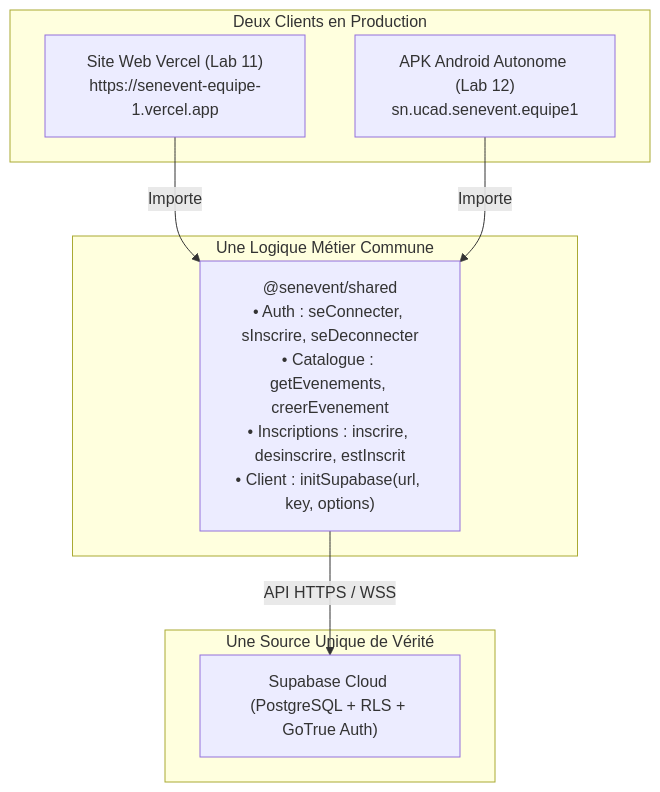
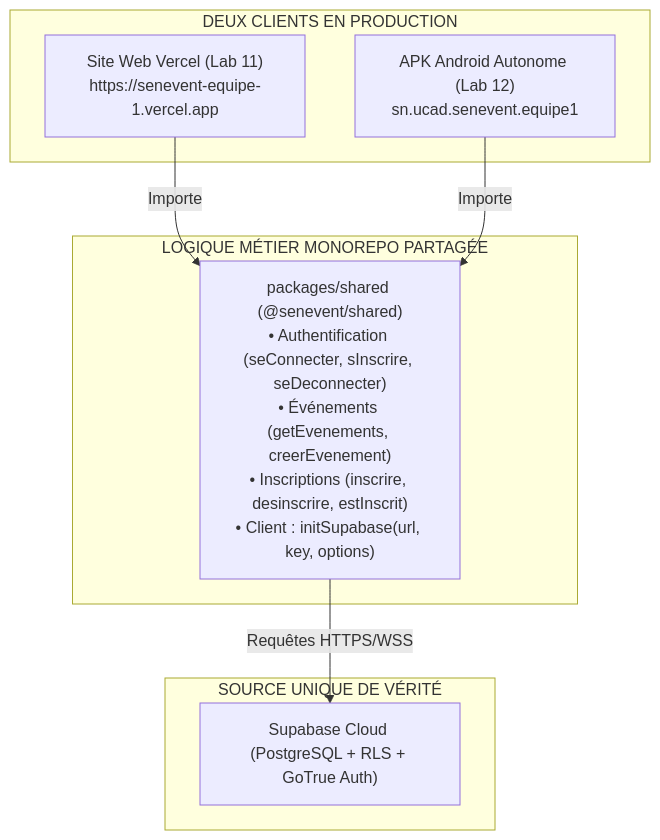
Before and after one commit to diop777/lab7_Senevent: the diagram in rapports/RAPPORT_LAB12.md, drawn with Mermaid. The commit also changed other lines of this file and 3 other files, not shown here.

````diff
--- a/rapports/RAPPORT_LAB12.md
+++ b/rapports/RAPPORT_LAB12.md
@@ -28,19 +53,19 @@
 ```mermaid
 flowchart TB
-    subgraph Clients["Deux Clients en Production"]
+    subgraph Production["DEUX CLIENTS EN PRODUCTION"]
         Web["Site Web Vercel (Lab 11)\nhttps://senevent-equipe-1.vercel.app"]
         Mobile["APK Android Autonome (Lab 12)\nsn.ucad.senevent.equipe1"]
     end
 
-    subgraph Logic["Une Logique Métier Commune"]
-        Shared["@senevent/shared\n• Auth : seConnecter, sInscrire, seDeconnecter\n• Catalogue : getEvenements, creerEvenement\n• Inscriptions : inscrire, desinscrire, estInscrit\n• Client : initSupabase(url, key, options)"]
+    subgraph Logic["LOGIQUE MÉTIER MONOREPO PARTAGÉE"]
+        Shared["packages/shared (@senevent/shared)\n• Authentification (seConnecter, sInscrire, seDeconnecter)\n• Événements (getEvenements, creerEvenement)\n• Inscriptions (inscrire, desinscrire, estInscrit)\n• Client : initSupabase(url, key, options)"]
     end
 
-    subgraph Backend["Une Source Unique de Vérité"]
+    subgraph Backend["SOURCE UNIQUE DE VÉRITÉ"]
         Supa["Supabase Cloud (PostgreSQL + RLS + GoTrue Auth)"]
     end
 
     Web -->|Importe| Shared
     Mobile -->|Importe| Shared
-    Shared -->|API HTTPS / WSS| Supa
+    Shared -->|Requêtes HTTPS/WSS| Supa
 ```
````
